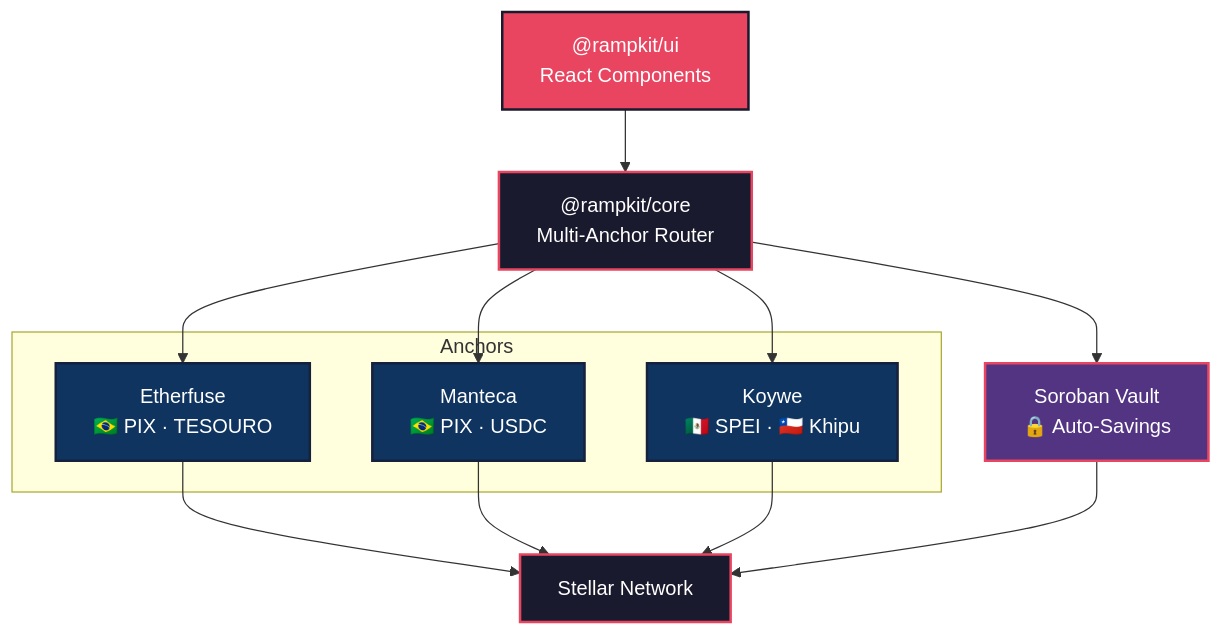
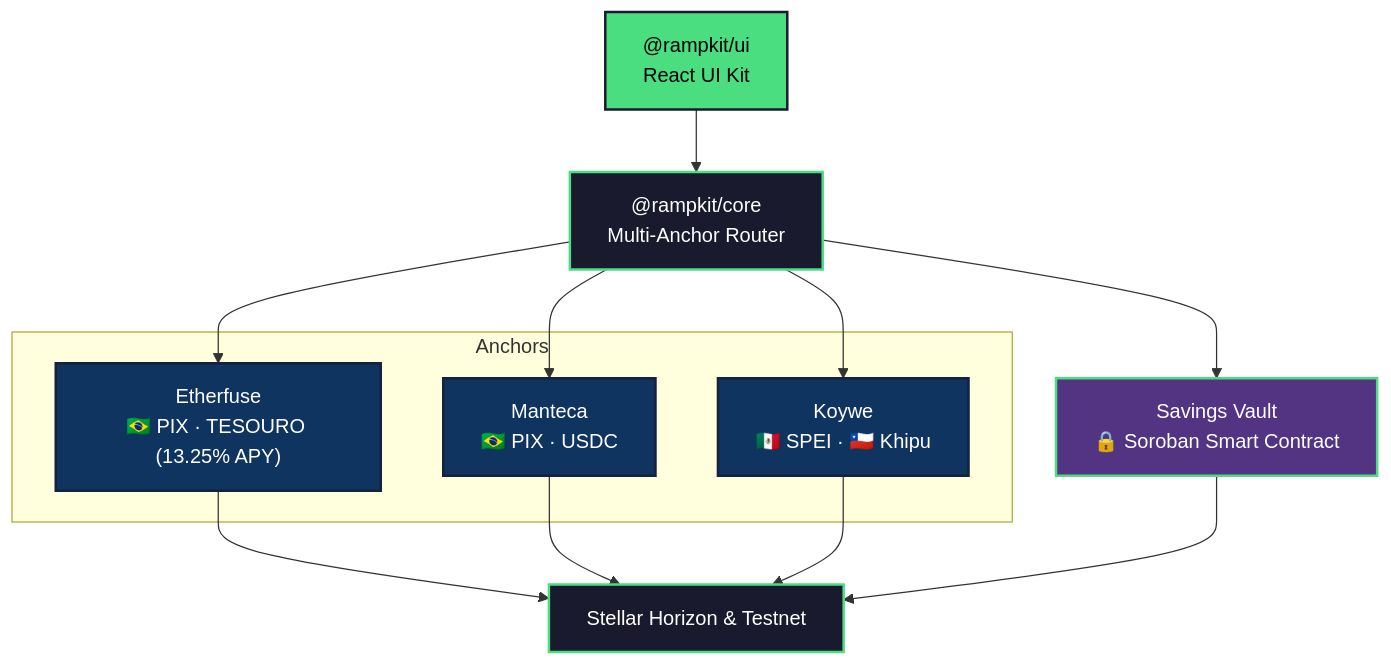
The diagram in README.md (WritzProtocol/rampkit-latam), drawn with Mermaid before and after one commit. The commit also changed other lines of this file and 23 other files, not shown here.

````diff
--- a/README.md
+++ b/README.md
@@ -76,29 +91,29 @@
 ```mermaid
 graph TD
-    classDef sdk fill:#1a1a2e,stroke:#e94560,stroke-width:2px,color:#fff
+    classDef sdk fill:#1a1a2e,stroke:#4ade80,stroke-width:2px,color:#fff
     classDef anchor fill:#0f3460,stroke:#16213e,stroke-width:2px,color:#fff
-    classDef contract fill:#533483,stroke:#e94560,stroke-width:2px,color:#fff
-    classDef ui fill:#e94560,stroke:#1a1a2e,stroke-width:2px,color:#fff
+    classDef contract fill:#533483,stroke:#4ade80,stroke-width:2px,color:#fff
+    classDef ui fill:#4ade80,stroke:#1a1a2e,stroke-width:2px,color:#000
 
-    UI["@rampkit/ui<br>React Components"]:::ui
+    UI["@rampkit/ui<br>React UI Kit"]:::ui
     SDK["@rampkit/core<br>Multi-Anchor Router"]:::sdk
     
     subgraph Anchors
-        EF["Etherfuse<br>🇧🇷 PIX · TESOURO"]:::anchor
+        EF["Etherfuse<br>🇧🇷 PIX · TESOURO (13.25% APY)"]:::anchor
         MA["Manteca<br>🇧🇷 PIX · USDC"]:::anchor
         KO["Koywe<br>🇲🇽 SPEI · 🇨🇱 Khipu"]:::anchor
     end
 
-    SC["Soroban Vault<br>🔒 Auto-Savings"]:::contract
-    SN["Stellar Network"]:::sdk
+    SC["Savings Vault<br>🔒 Soroban Smart Contract"]:::contract
+    SN["Stellar Horizon & Testnet"]:::sdk
 
     UI --> SDK
     SDK --> EF
     SDK --> MA
     SDK --> KO
     SDK --> SC
     EF --> SN
     MA --> SN
     KO --> SN
     SC --> SN
 ```
````
